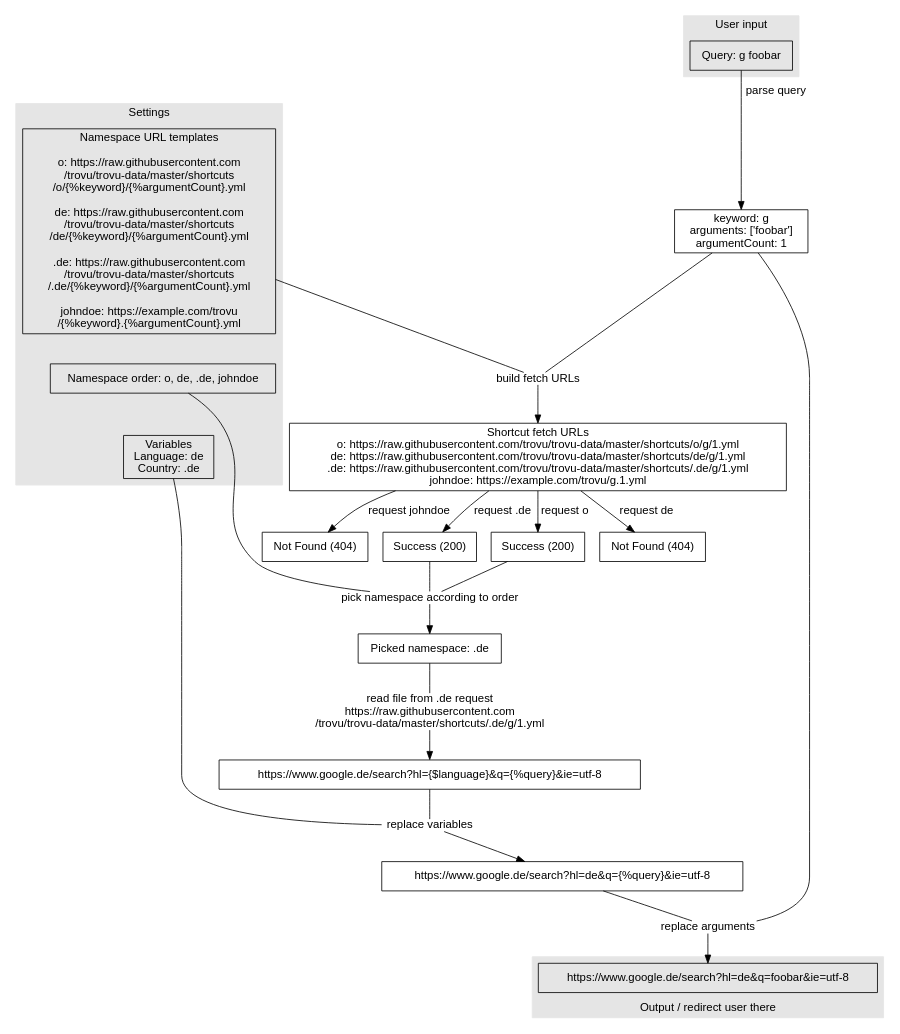
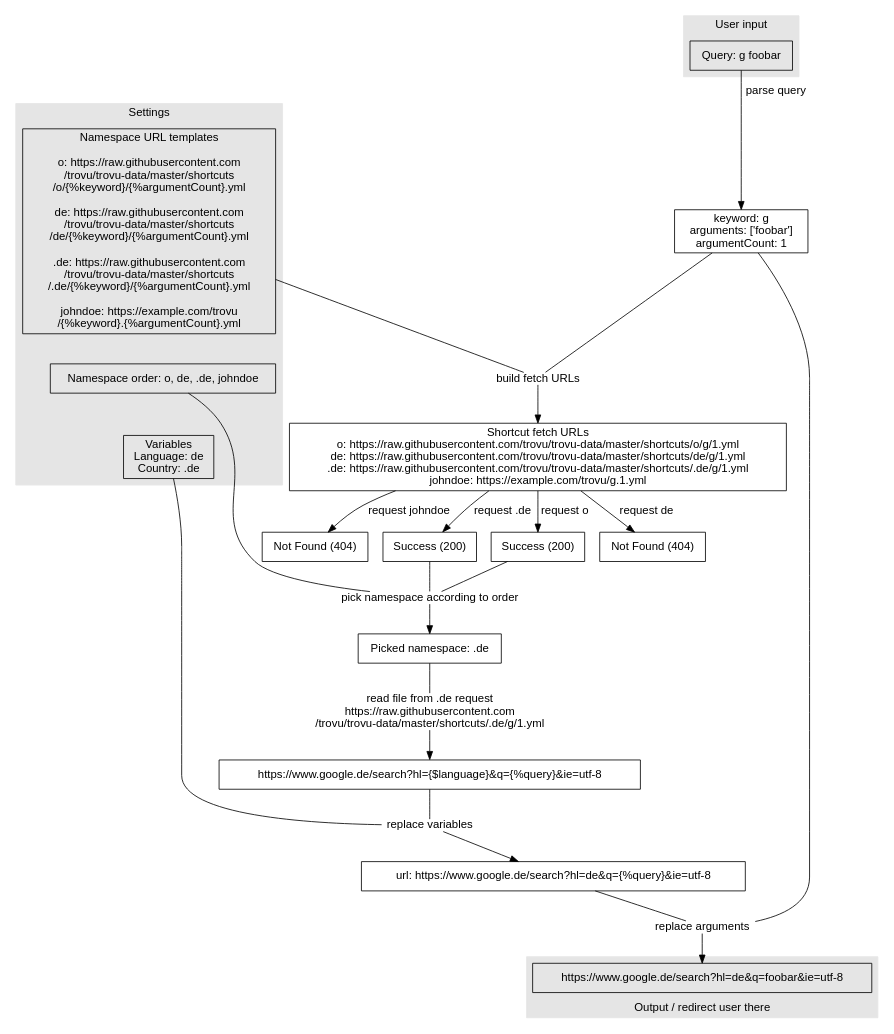
The diagram in img/process.dot (trovu/trovu.github.io), drawn with Graphviz before and after one commit.

```diff
--- a/img/process.dot
+++ b/img/process.dot
@@ -1,92 +1,92 @@
 digraph {
 
   node [shape="rectangle"]
   graph [fontname = "helvetica"];
   node [fontname = "helvetica"];
   edge [fontname = "helvetica"];
 
   subgraph cluster_input {
     label="User input";
     style=filled;
     color=gray90;
     query [label="Query: g foobar"];
   }
   subgraph cluster_settings {
     label="Settings";
     style=filled;
     color=gray90;
     namespaceUrlTemplates -> namespaceOrder [style="invis"];
     namespaceOrder ->  variables [style="invis"];
     variables [label="Variables\nLanguage: de\nCountry: .de"]
     namespaceOrder [label="Namespace order: o, de, .de, johndoe"];
     namespaceUrlTemplates [label="Namespace URL templates
 
 o: https://raw.githubusercontent.com
 /trovu/trovu-data/master/shortcuts
 /o/{%keyword}/{%argumentCount}.yml
 
 de: https://raw.githubusercontent.com
 /trovu/trovu-data/master/shortcuts
 /de/{%keyword}/{%argumentCount}.yml
 
 .de: https://raw.githubusercontent.com
 /trovu/trovu-data/master/shortcuts
 /.de/{%keyword}/{%argumentCount}.yml
 
 johndoe: https://example.com/trovu
 /{%keyword}.{%argumentCount}.yml
 "];
   }
   subgraph cluster_output {
     label="Output / redirect user there";
     labelloc=b;
     style=filled;
     color=gray90;
     redirectUrlReplacedArguments[label="https://www.google.de/search?hl=de&q=foobar&ie=utf-8"]
   }
 
   parsedQuery [label="keyword: g\narguments: ['foobar']\nargumentCount: 1"];
   shortcutFetchUrls [label="Shortcut fetch URLs
 o: https://raw.githubusercontent.com/trovu/trovu-data/master/shortcuts/o/g/1.yml
 de: https://raw.githubusercontent.com/trovu/trovu-data/master/shortcuts/de/g/1.yml
 .de: https://raw.githubusercontent.com/trovu/trovu-data/master/shortcuts/.de/g/1.yml
 johndoe: https://example.com/trovu/g.1.yml
 "];
 
   responseO [label="Success (200)"];
   responseDe [label="Not Found (404)"];
   responseDotDe [label="Success (200)"];
   responseJohnDoe [label="Not Found (404)"];
   redirectUrlDotDe [label="https://www.google.de/search?hl={$language}&q={%query}&ie=utf-8"];
   query->parsedQuery [label="parse query"];
   parsedQuery -> buildFetchUrls[arrowhead="none"];
   namespaceUrlTemplates -> buildFetchUrls[arrowhead="none"];
  
   buildFetchUrls [label="build fetch URLs" shape="none" margin=0 width=0 height=0]; 
 
   buildFetchUrls -> shortcutFetchUrls;
   shortcutFetchUrls -> responseO [label="request o"];
   shortcutFetchUrls -> responseDe [label="request de"];
   shortcutFetchUrls -> responseDotDe [label="request .de"];
   shortcutFetchUrls -> responseJohnDoe [label="request johndoe"];
   responseO -> pickNamespace[arrowhead="none"];
   responseDotDe -> pickNamespace[arrowhead="none"];
   namespaceOrder -> pickNamespace [arrowhead="none"];
 
   pickNamespace [label="pick namespace according to order" shape="none" margin=0 width=0 height=0];
   pickNamespace -> pickedNamespace;
   pickedNamespace [label="Picked namespace: .de"]
   pickedNamespace -> readFile [arrowhead="none"];
   readFile [label="read file from .de request\nhttps://raw.githubusercontent.com
 /trovu/trovu-data/master/shortcuts/.de/g/1.yml" shape="none" margin=0 width=0 height=0];
   readFile -> redirectUrlDotDe; 
-  redirectUrlReplacedVariables[label="https://www.google.de/search?hl=de&q={%query}&ie=utf-8"]
+  redirectUrlReplacedVariables[label="url: https://www.google.de/search?hl=de&q={%query}&ie=utf-8"]
   redirectUrlDotDe -> replaceVariables [arrowhead="none"];
   variables -> replaceVariables [arrowhead="none"];
   replaceVariables [label="replace variables" shape="none" margin=0 width=0 height=0];
   replaceVariables -> redirectUrlReplacedVariables;
   replaceArguments [label="replace arguments" shape="none" margin=0 width=0 height=0];
   redirectUrlReplacedVariables -> replaceArguments [arrowhead="none"];
   parsedQuery -> replaceArguments [arrowhead="none"];
   replaceArguments -> redirectUrlReplacedArguments;
 }
```
